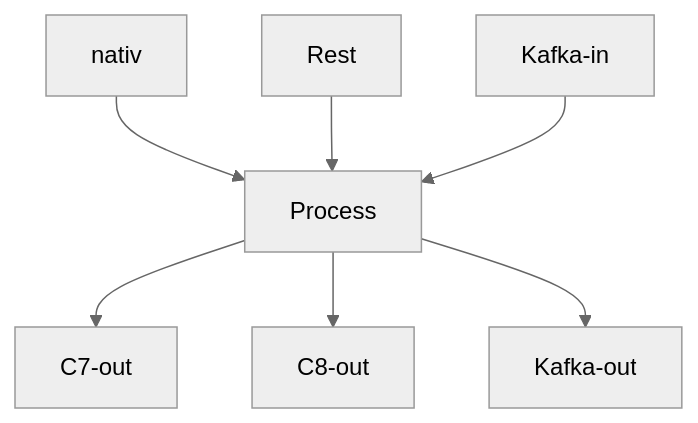
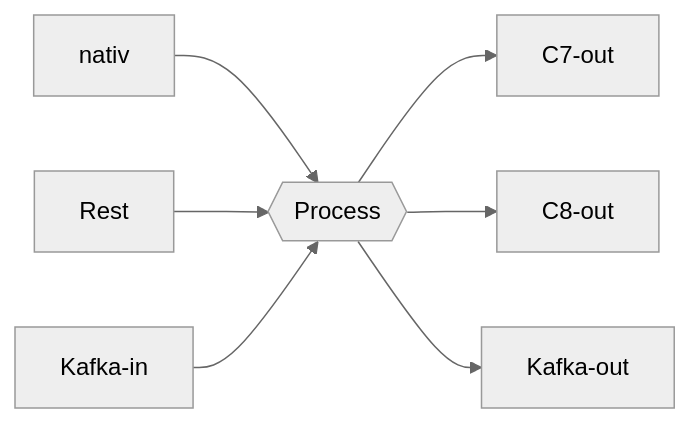
The third of 4 diagrams in README.md (Miragon/miranum), drawn with Mermaid (neutral theme) before and after one commit. The commit also changed other lines of this file, not shown here.

````diff
--- a/README.md
+++ b/README.md
@@ -44,9 +45,9 @@
 ```mermaid
-  graph TD;
-      nativ-->Process;
-      Rest-->Process;
-      Kafka-in-->Process;
-      Process-->C7-out;
-      Process-->C8-out;
-      Process-->Kafka-out;
+  graph LR;
+      nativ-->P{{Process}};
+      Rest-->P;
+      Kafka-in-->P;
+      P-->C7-out;
+      P-->C8-out;
+      P-->Kafka-out;
 ```
````
